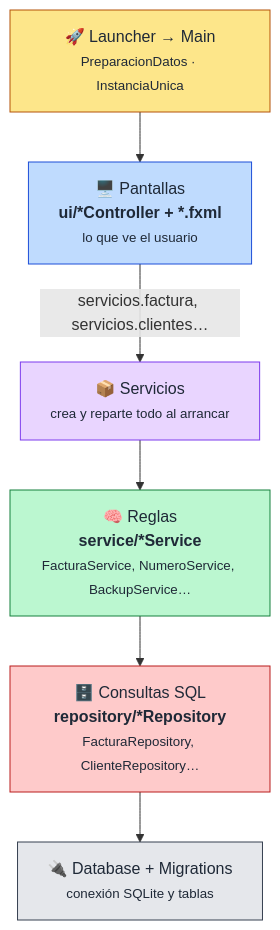
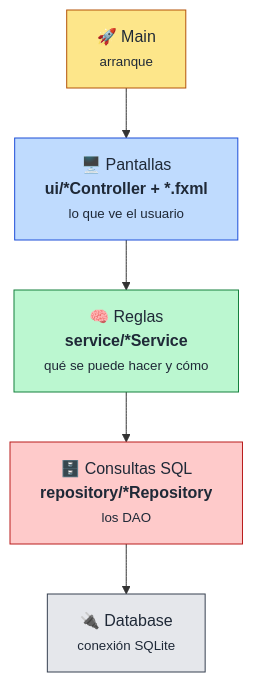
Before and after one commit to jribanezgarcia/factura_prueba: the diagram in README.md, drawn with Mermaid. The commit also changed other lines of this file and 2 other files, not shown here.

````diff
--- a/README.md
+++ b/README.md
@@ -76,16 +90,14 @@
 ```mermaid
 flowchart TD
-    A["🚀 Launcher → Main<br/><small>PreparacionDatos · InstanciaUnica</small>"] --> B
-    B["🖥️ Pantallas<br/><b>ui/*Controller + *.fxml</b><br/><small>lo que ve el usuario</small>"] -->|"servicios.factura, servicios.clientes…"| C
-    C["📦 Servicios<br/><small>crea y reparte todo al arrancar</small>"] --> D
-    D["🧠 Reglas<br/><b>service/*Service</b><br/><small>FacturaService, NumeroService, BackupService…</small>"] --> E
-    E["🗄️ Consultas SQL<br/><b>repository/*Repository</b><br/><small>FacturaRepository, ClienteRepository…</small>"] --> F
-    F["🔌 Database + Migrations<br/><small>conexión SQLite y tablas</small>"]
+    A["🚀 Main<br/><small>arranque</small>"] --> B
+    B["🖥️ Pantallas<br/><b>ui/*Controller + *.fxml</b><br/><small>lo que ve el usuario</small>"] --> C
+    C["🧠 Reglas<br/><b>service/*Service</b><br/><small>qué se puede hacer y cómo</small>"] --> D
+    D["🗄️ Consultas SQL<br/><b>repository/*Repository</b><br/><small>los DAO</small>"] --> E
+    E["🔌 Database<br/><small>conexión SQLite</small>"]
 
     style A fill:#FDE68A,stroke:#B45309,color:#1F2937
     style B fill:#BFDBFE,stroke:#1D4ED8,color:#1F2937
-    style C fill:#E9D5FF,stroke:#7C3AED,color:#1F2937
-    style D fill:#BBF7D0,stroke:#15803D,color:#1F2937
-    style E fill:#FECACA,stroke:#B91C1C,color:#1F2937
-    style F fill:#E5E7EB,stroke:#374151,color:#1F2937
+    style C fill:#BBF7D0,stroke:#15803D,color:#1F2937
+    style D fill:#FECACA,stroke:#B91C1C,color:#1F2937
+    style E fill:#E5E7EB,stroke:#374151,color:#1F2937
 ```
````
